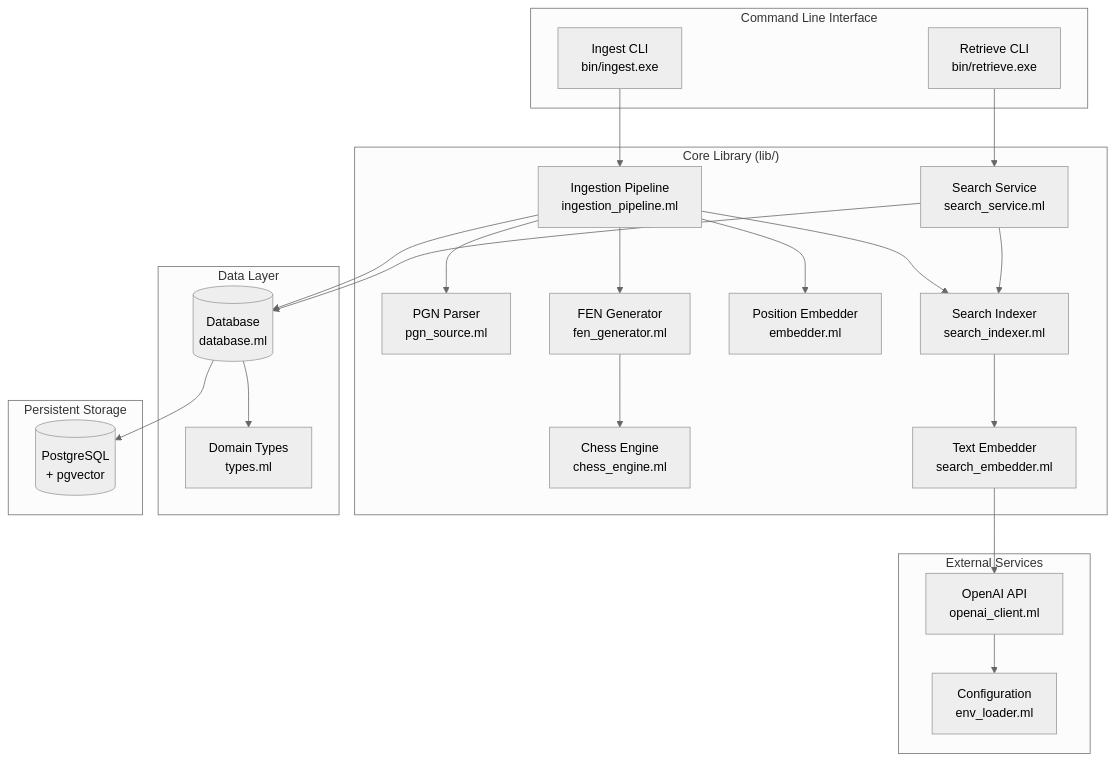
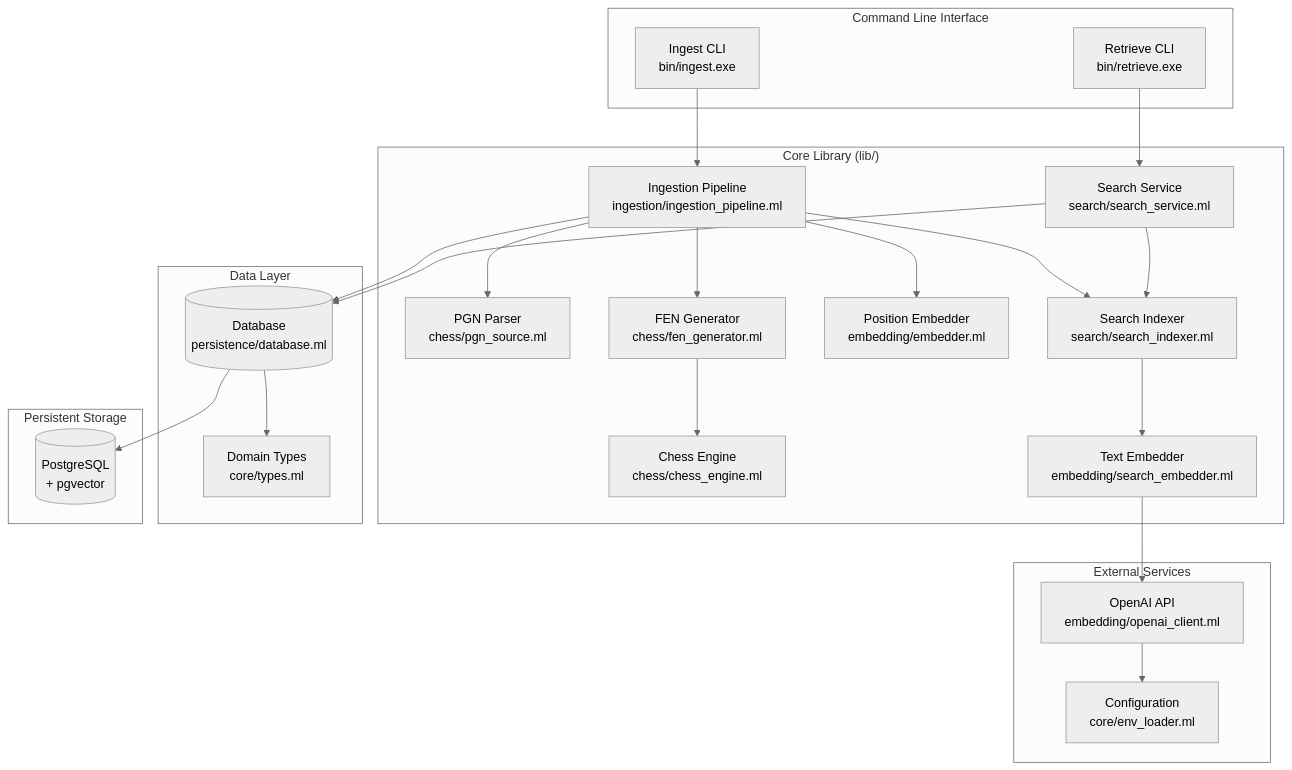
Before and after one commit to HendrikReh/chessbuddy: the first of 4 diagrams in docs/ARCHITECTURE.md, drawn with Mermaid (neutral theme). The commit also changed other lines of this file and 4 other files, not shown here.

````diff
--- a/docs/ARCHITECTURE.md
+++ b/docs/ARCHITECTURE.md
@@ -37,48 +37,48 @@
 ```mermaid
 flowchart TB
     subgraph CLI["Command Line Interface"]
         ING[Ingest CLI<br/>bin/ingest.exe]
         RET[Retrieve CLI<br/>bin/retrieve.exe]
     end
 
     subgraph CORE["Core Library (lib/)"]
-        PIPE[Ingestion Pipeline<br/>ingestion_pipeline.ml]
-        PGN[PGN Parser<br/>pgn_source.ml]
-        CHESS[Chess Engine<br/>chess_engine.ml]
-        FEN[FEN Generator<br/>fen_generator.ml]
-        EMB[Position Embedder<br/>embedder.ml]
-        SEARCH[Search Service<br/>search_service.ml]
-        IDX[Search Indexer<br/>search_indexer.ml]
-        SEMB[Text Embedder<br/>search_embedder.ml]
+        PIPE[Ingestion Pipeline<br/>ingestion/ingestion_pipeline.ml]
+        PGN[PGN Parser<br/>chess/pgn_source.ml]
+        CHESS[Chess Engine<br/>chess/chess_engine.ml]
+        FEN[FEN Generator<br/>chess/fen_generator.ml]
+        EMB[Position Embedder<br/>embedding/embedder.ml]
+        SEARCH[Search Service<br/>search/search_service.ml]
+        IDX[Search Indexer<br/>search/search_indexer.ml]
+        SEMB[Text Embedder<br/>embedding/search_embedder.ml]
     end
 
     subgraph DATA["Data Layer"]
-        DB[(Database<br/>database.ml)]
-        TYPES[Domain Types<br/>types.ml]
+        DB[(Database<br/>persistence/database.ml)]
+        TYPES[Domain Types<br/>core/types.ml]
     end
 
     subgraph EXT["External Services"]
-        OPENAI[OpenAI API<br/>openai_client.ml]
-        ENV[Configuration<br/>env_loader.ml]
+        OPENAI[OpenAI API<br/>embedding/openai_client.ml]
+        ENV[Configuration<br/>core/env_loader.ml]
     end
 
     subgraph STORE["Persistent Storage"]
         PG[(PostgreSQL<br/>+ pgvector)]
     end
 
     ING --> PIPE
     RET --> SEARCH
     PIPE --> PGN
     PIPE --> FEN
     FEN --> CHESS
     PIPE --> EMB
     PIPE --> IDX
     SEARCH --> IDX
     IDX --> SEMB
     SEMB --> OPENAI
     OPENAI --> ENV
     PIPE --> DB
     SEARCH --> DB
     DB --> TYPES
     DB --> PG
 ```
````
